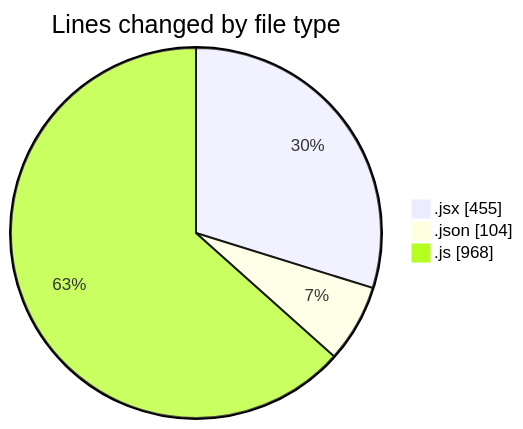
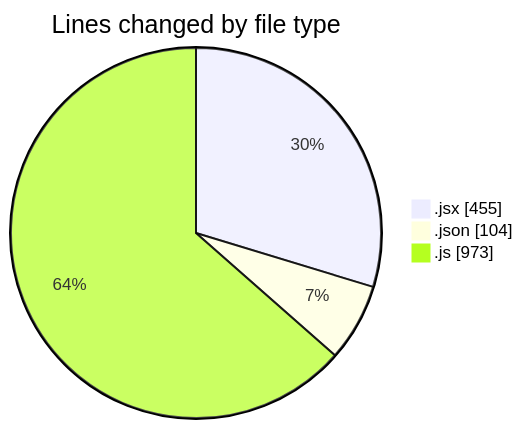
One commit to momahboobian/code-tracking changed the first of 2 diagrams in 2025-05-19/cda/README.md. Above: the diagram before and after it, drawn with Mermaid. The commit also changed other lines of this file and 1 other file, not shown here.

````diff
--- a/2025-05-19/cda/README.md
+++ b/2025-05-19/cda/README.md
@@ -25,7 +25,7 @@
 ```mermaid
 pie showData
 title Lines changed by file type
 ".jsx" : 455
 ".json" : 104
-".js" : 968
+".js" : 973
 ```
````
